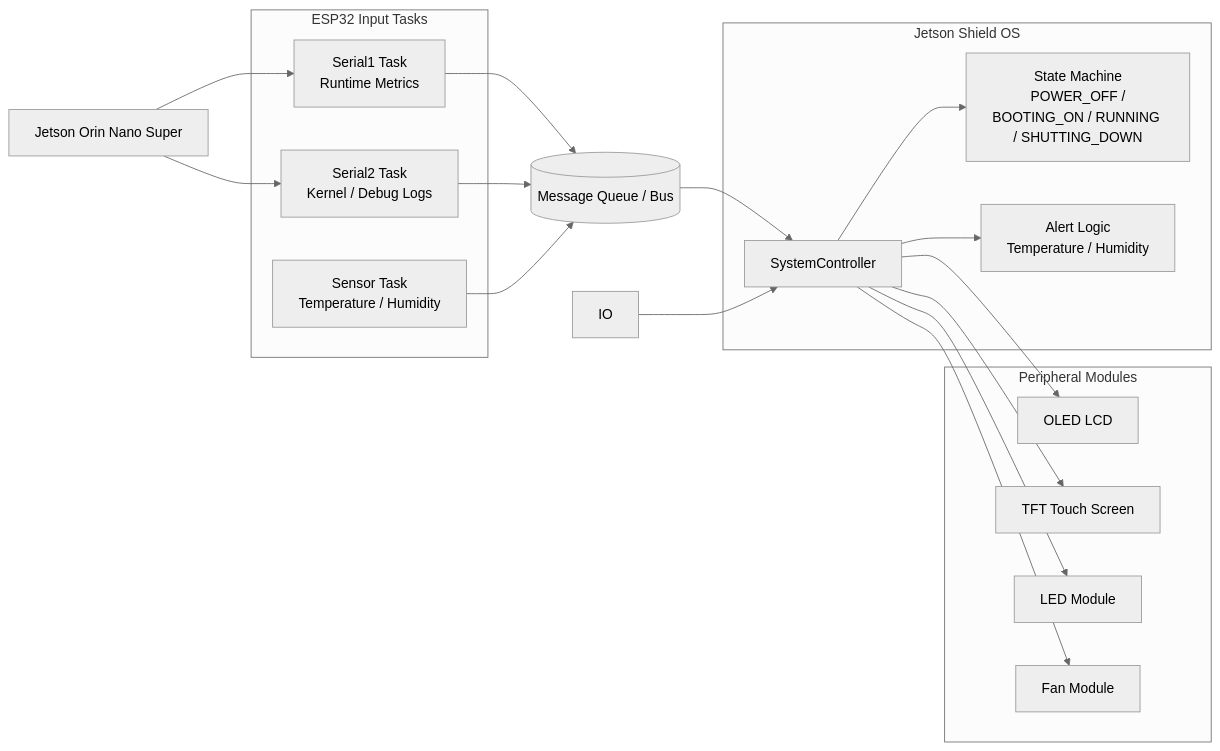
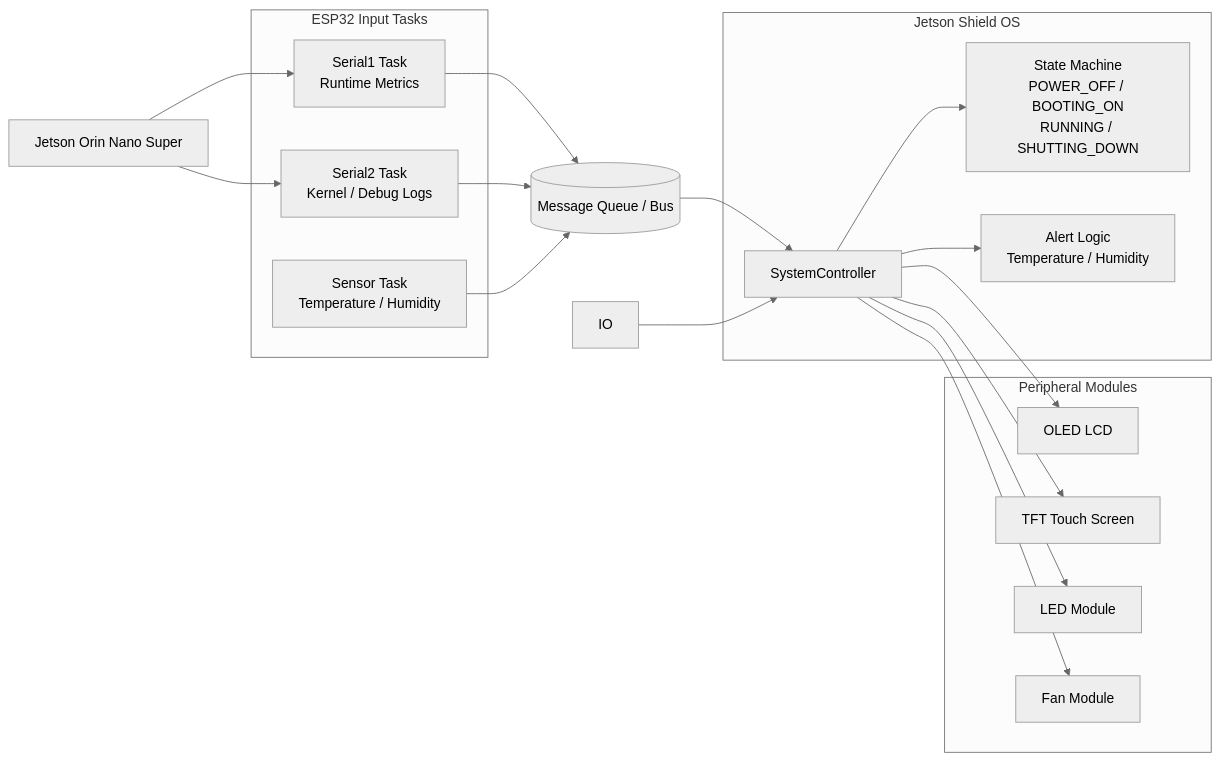
The diagram in README.md (viettran-edgeAI/Jetson_case_os), drawn with Mermaid (neutral theme) before and after one commit.

Commit message:
Fix Mermaid diagram line breaks: use <br/> instead of \n

````diff
--- a/README.md
+++ b/README.md
@@ -24,39 +24,39 @@
 ```mermaid
 flowchart LR
 	Jetson[Jetson Orin Nano Super]
 
 	subgraph Ingress[ESP32 Input Tasks]
-		Serial1[Serial1 Task\nRuntime Metrics]
-		Serial2[Serial2 Task\nKernel / Debug Logs]
-		Sensor[Sensor Task\nTemperature / Humidity]
+		Serial1[Serial1 Task<br/>Runtime Metrics]
+		Serial2[Serial2 Task<br/>Kernel / Debug Logs]
+		Sensor[Sensor Task<br/>Temperature / Humidity]
 	end
 
 	Queue[(Message Queue / Bus)]
 
 	subgraph Control[Jetson Shield OS]
 		Controller[SystemController]
-		State[State Machine\n POWER_OFF / BOOTING_ON / RUNNING / SHUTTING_DOWN]
-		Alerts[Alert Logic\n Temperature / Humidity]
+		State[State Machine<br/>POWER_OFF / BOOTING_ON<br/>RUNNING / SHUTTING_DOWN]
+		Alerts[Alert Logic<br/>Temperature / Humidity]
 	end
 
 	subgraph Outputs[Peripheral Modules]
 		OLED[OLED LCD]
 		TFT[TFT Touch Screen]
 		LED[LED Module]
 		Fan[Fan Module]
 	end
 
 	Jetson --> Serial1
 	Jetson --> Serial2
 	Serial1 --> Queue
 	Serial2 --> Queue
 	Sensor --> Queue
 	Queue --> Controller
 	Controller --> State
 	Controller --> Alerts
 	Controller --> OLED
 	Controller --> TFT
 	Controller --> LED
 	Controller --> Fan
 	IO --> Controller
 ```
````
